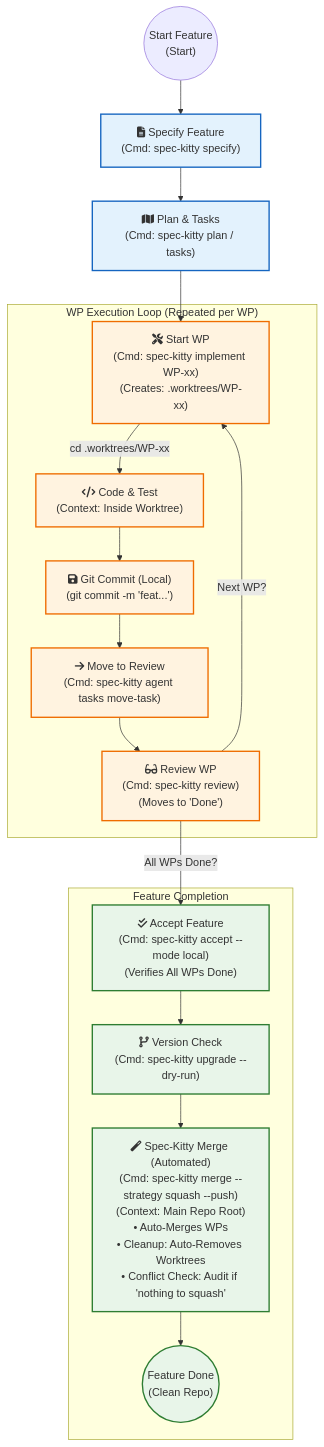
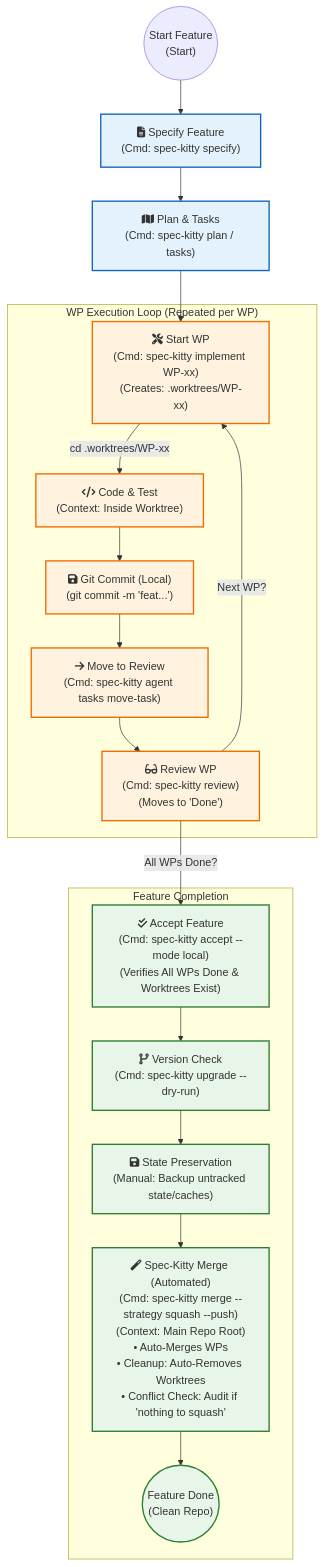
Before and after one commit to richfrem/InvestmentToolkit: the diagram in .agent/docs/kittify/standard-spec-kitty-workflow.mmd, drawn with Mermaid. The commit also changed 2 other files, not shown here.

Commit message:
docs(workflow): hard-code lesson learned in diagrams (state backup and worktree presence)

```diff
--- a/.agent/docs/kittify/standard-spec-kitty-workflow.mmd
+++ b/.agent/docs/kittify/standard-spec-kitty-workflow.mmd
@@ -1,51 +1,53 @@
 graph TD
     %% Nodes - Feature Level (Start)
     Start(("Start Feature<br>(Start)"))
     Specify["fa:fa-file-alt Specify Feature<br>(Cmd: spec-kitty specify)"]
     Plan["fa:fa-map Plan & Tasks<br>(Cmd: spec-kitty plan / tasks)"]
     
     %% Nodes - WP Level (Loop)
     subgraph WP_Loop["WP Execution Loop (Repeated per WP)"]
         Implement["fa:fa-tools Start WP<br>(Cmd: spec-kitty implement WP-xx)<br>(Creates: .worktrees/WP-xx)"]
         Code["fa:fa-code Code & Test<br>(Context: Inside Worktree)"]
         Commit["fa:fa-save Git Commit (Local)<br>(git commit -m 'feat...')"]
         MoveReview["fa:fa-arrow-right Move to Review<br>(Cmd: spec-kitty agent tasks move-task)"]
         Review["fa:fa-glasses Review WP<br>(Cmd: spec-kitty review)<br>(Moves to 'Done')"]
     end
 
     %% Nodes - Feature Level (End)
     subgraph Completion["Feature Completion"]
         VersionCheck["fa:fa-code-branch Version Check<br>(Cmd: spec-kitty upgrade --dry-run)"]
-        Accept["fa:fa-check-double Accept Feature<br>(Cmd: spec-kitty accept --mode local)<br>(Verifies All WPs Done)"]
+        Accept["fa:fa-check-double Accept Feature<br>(Cmd: spec-kitty accept --mode local)<br>(Verifies All WPs Done & Worktrees Exist)"]
+        StateBackup["fa:fa-save State Preservation<br>(Manual: Backup untracked state/caches)"]
         Merge["fa:fa-magic Spec-Kitty Merge (Automated)<br>(Cmd: spec-kitty merge --strategy squash --push)<br>(Context: Main Repo Root)<br>• Auto-Merges WPs<br>• Cleanup: Auto-Removes Worktrees<br>• Conflict Check: Audit if 'nothing to squash'"]
         End(("Feature Done<br>(Clean Repo)"))
     end
 
     %% Flow
     Start --> Specify
     Specify --> Plan
     Plan --> Implement
     
     %% Loop Logic
     Implement -->|cd .worktrees/WP-xx| Code
     Code --> Commit
     Commit --> MoveReview
     MoveReview --> Review
     
     %% Iterate or Finish
     Review -->|Next WP?| Implement
     Review -->|All WPs Done?| Accept
     
     %% Finalization
     Accept --> VersionCheck
-    VersionCheck --> Merge
+    VersionCheck --> StateBackup
+    StateBackup --> Merge
     Merge --> End
 
     %% Styles
     classDef feature fill:#e3f2fd,stroke:#1565c0,stroke-width:2px;
     classDef wp fill:#fff3e0,stroke:#ef6c00,stroke-width:2px;
     classDef done fill:#e8f5e9,stroke:#2e7d32,stroke-width:2px;
 
     class Specify,Plan feature;
     class Implement,Code,Commit,MoveReview,Review wp;
-    class Accept,Merge,End,VersionCheck done;
+    class Accept,Merge,End,VersionCheck,StateBackup done;
```
